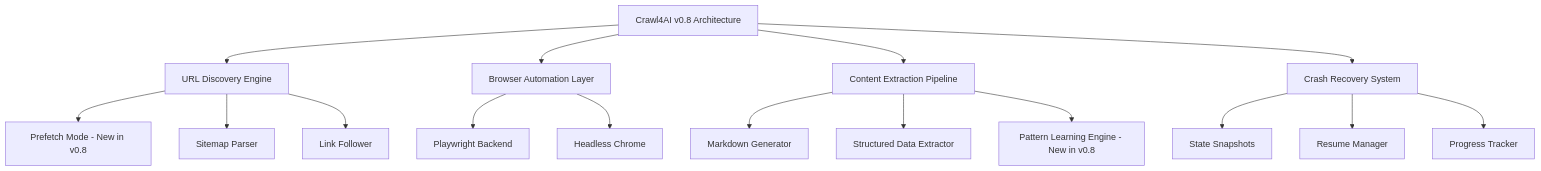
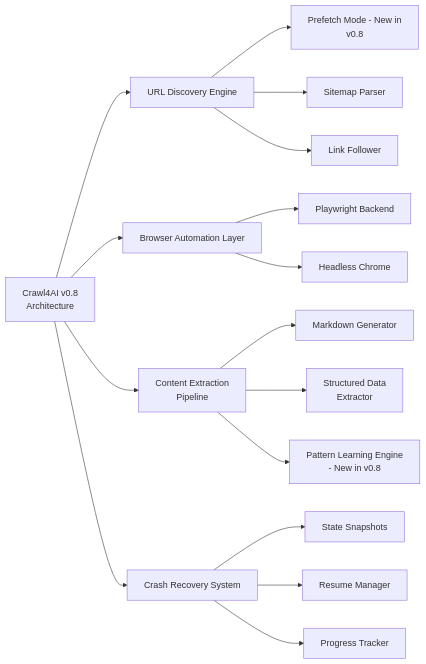
The first of 5 diagrams in _posts/2026-02-07-crawl4ai-v08-crash-recovery-prefetch-mode-and-whats-new.md (bytetunnels/bytetunnels.github.com), drawn with Mermaid before and after one commit. The commit also changed other lines of this file and 118 other files, not shown here.

Commit message:
feat: improve diagram styling and compact wide flowcharts

````diff
--- a/_posts/2026-02-07-crawl4ai-v08-crash-recovery-prefetch-mode-and-whats-new.md
+++ b/_posts/2026-02-07-crawl4ai-v08-crash-recovery-prefetch-mode-and-whats-new.md
@@ -23,22 +23,22 @@
 ```mermaid
-graph TD
-    A["Crawl4AI v0.8 Architecture"] --> B["URL Discovery Engine"]
+graph LR
+    A["Crawl4AI v0.8<br/>Architecture"] --> B["URL Discovery Engine"]
     A --> C["Browser Automation Layer"]
-    A --> D["Content Extraction Pipeline"]
+    A --> D["Content Extraction<br/>Pipeline"]
     A --> E["Crash Recovery System"]
 
-    B --> B1["Prefetch Mode - New in v0.8"]
+    B --> B1["Prefetch Mode - New in<br/>v0.8"]
     B --> B2["Sitemap Parser"]
     B --> B3["Link Follower"]
 
     C --> C1["Playwright Backend"]
     C --> C2["Headless Chrome"]
 
     D --> D1["Markdown Generator"]
-    D --> D2["Structured Data Extractor"]
-    D --> D3["Pattern Learning Engine - New in v0.8"]
+    D --> D2["Structured Data<br/>Extractor"]
+    D --> D3["Pattern Learning Engine<br/>- New in v0.8"]
 
     E --> E1["State Snapshots"]
     E --> E2["Resume Manager"]
     E --> E3["Progress Tracker"]
 ```
````
